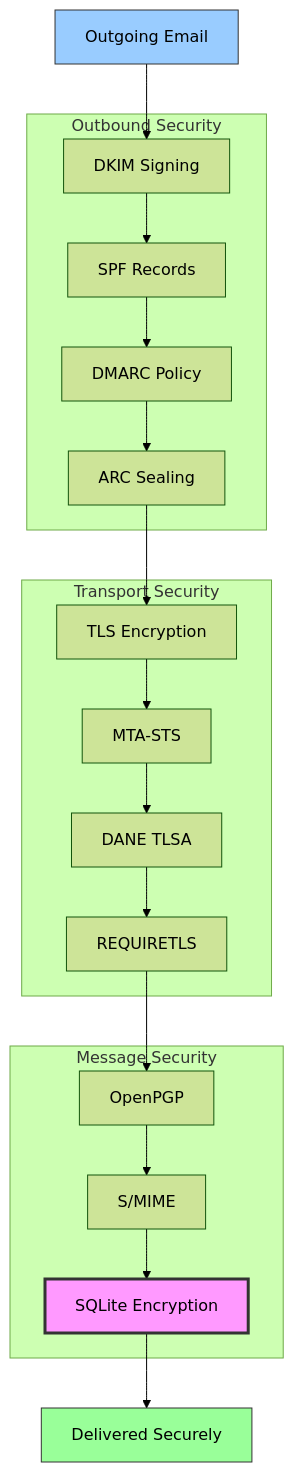
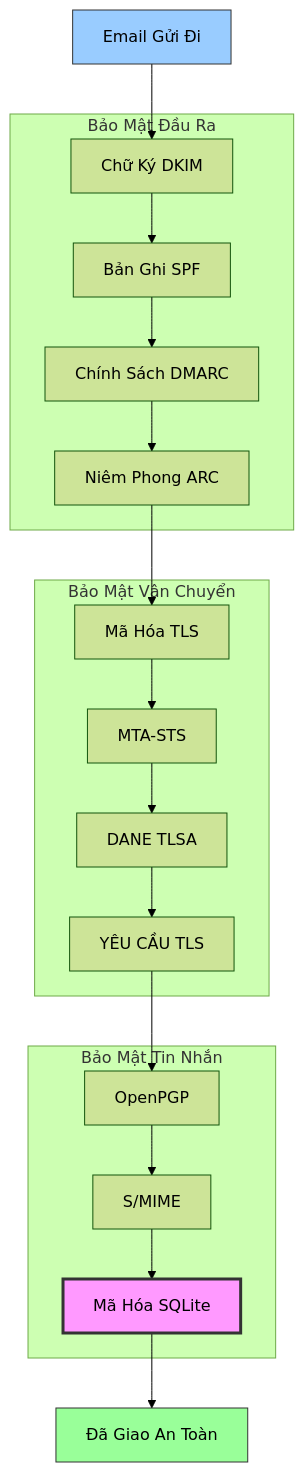
Before and after one commit to forwardemail/forwardemail.net: the fourth of 16 diagrams in app/views/docs/email-protocols-rfc-compliance-imap-smtp-pop3-comparison/index-vi.md, drawn with Mermaid (forest theme). The commit also changed other lines of this file and 1055 other files, not shown here.

````diff
--- a/app/views/docs/email-protocols-rfc-compliance-imap-smtp-pop3-comparison/index-vi.md
+++ b/app/views/docs/email-protocols-rfc-compliance-imap-smtp-pop3-comparison/index-vi.md
@@ -554,39 +551,39 @@
 ```mermaid
 graph TB
-    subgraph "Outbound Security"
-        DKIM[DKIM Signing]
-        SPF[SPF Records]
-        DMARC[DMARC Policy]
-        ARC[ARC Sealing]
+    subgraph "Bảo Mật Đầu Ra"
+        DKIM[Chữ Ký DKIM]
+        SPF[Bản Ghi SPF]
+        DMARC[Chính Sách DMARC]
+        ARC[Niêm Phong ARC]
     end
 
-    subgraph "Transport Security"
-        TLS[TLS Encryption]
+    subgraph "Bảo Mật Vận Chuyển"
+        TLS[Mã Hóa TLS]
         MTASTS[MTA-STS]
         DANE[DANE TLSA]
-        REQTLS[REQUIRETLS]
+        REQTLS[YÊU CẦU TLS]
     end
 
-    subgraph "Message Security"
+    subgraph "Bảo Mật Tin Nhắn"
         PGP[OpenPGP]
         SMIME[S/MIME]
-        ENCRYPT[SQLite Encryption]
+        ENCRYPT[Mã Hóa SQLite]
     end
 
-    Email[Outgoing Email] --> DKIM
+    Email[Email Gửi Đi] --> DKIM
     DKIM --> SPF
     SPF --> DMARC
     DMARC --> ARC
     ARC --> TLS
     TLS --> MTASTS
     MTASTS --> DANE
     DANE --> REQTLS
     REQTLS --> PGP
     PGP --> SMIME
     SMIME --> ENCRYPT
-    ENCRYPT --> Delivered[Delivered Securely]
+    ENCRYPT --> Delivered[Đã Giao An Toàn]
 
     style Email fill:#9cf,stroke:#333
     style Delivered fill:#9f9,stroke:#333
     style ENCRYPT fill:#f9f,stroke:#333,stroke-width:3px
 ```
````
